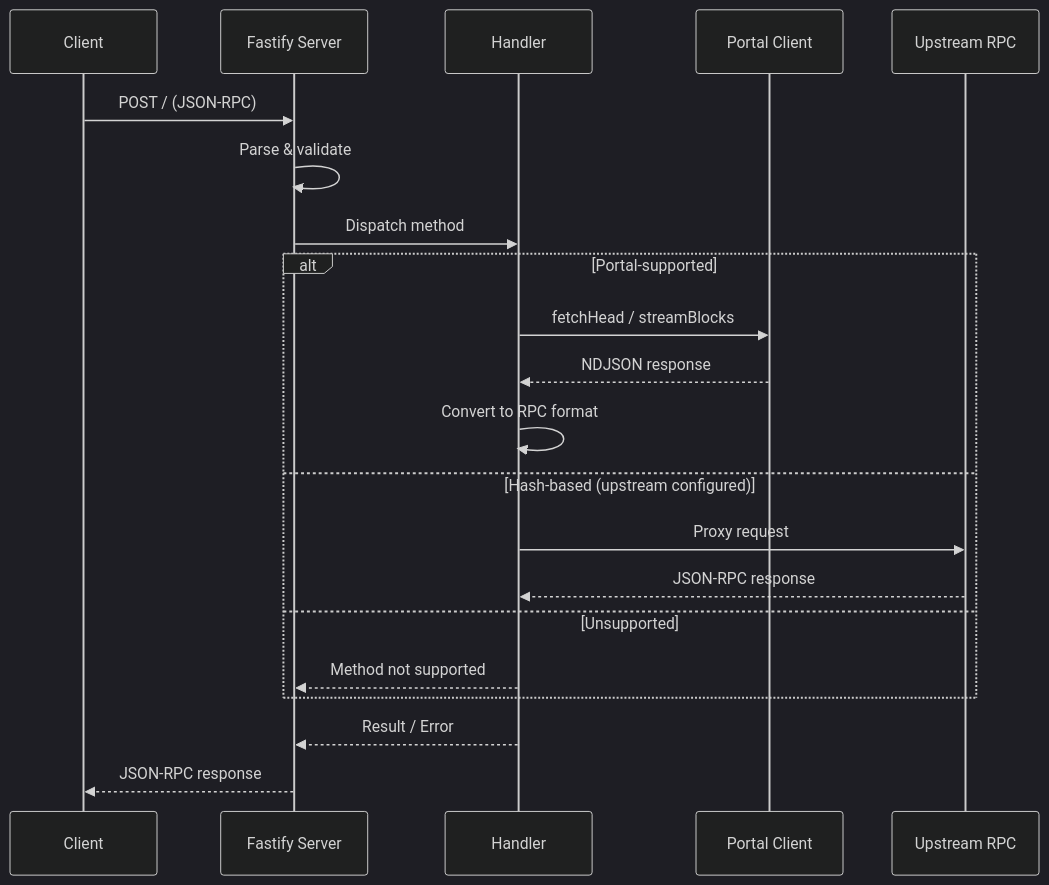
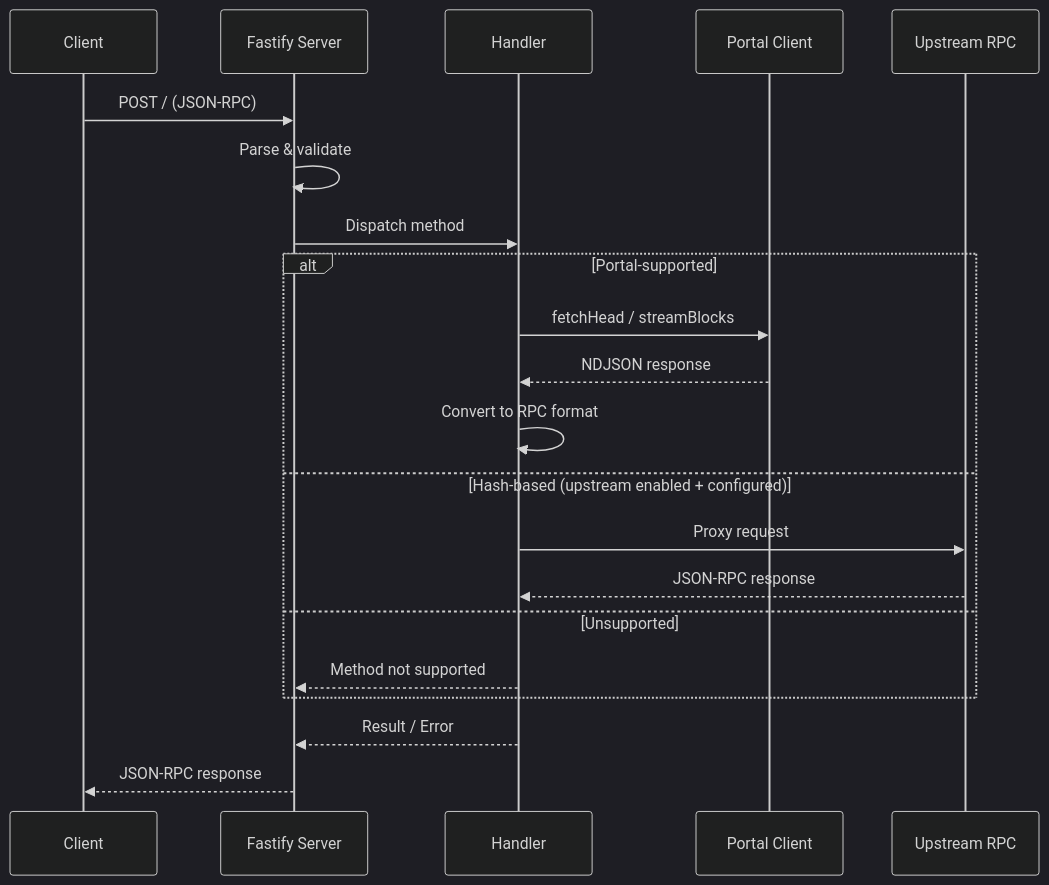
The diagram in docs/guide/architecture.md (mo4islona/sqd-portal-rpc-wrapper), drawn with Mermaid (dark theme) before and after one commit. The commit also changed 14 other files, not shown here.

First line of the commit message:
feat: add UPSTREAM_METHODS_ENABLED config option

````diff
--- a/docs/guide/architecture.md
+++ b/docs/guide/architecture.md
@@ -58,26 +58,26 @@
 ```mermaid
 sequenceDiagram
   participant C as Client
   participant S as Fastify Server
   participant H as Handler
   participant P as Portal Client
   participant U as Upstream RPC
 
   C->>S: POST / (JSON-RPC)
   S->>S: Parse & validate
   S->>H: Dispatch method
 
   alt Portal-supported
     H->>P: fetchHead / streamBlocks
     P-->>H: NDJSON response
     H->>H: Convert to RPC format
-  else Hash-based (upstream configured)
+  else Hash-based (upstream enabled + configured)
     H->>U: Proxy request
     U-->>H: JSON-RPC response
   else Unsupported
     H-->>S: Method not supported
   end
 
   H-->>S: Result / Error
   S-->>C: JSON-RPC response
 ```
````
